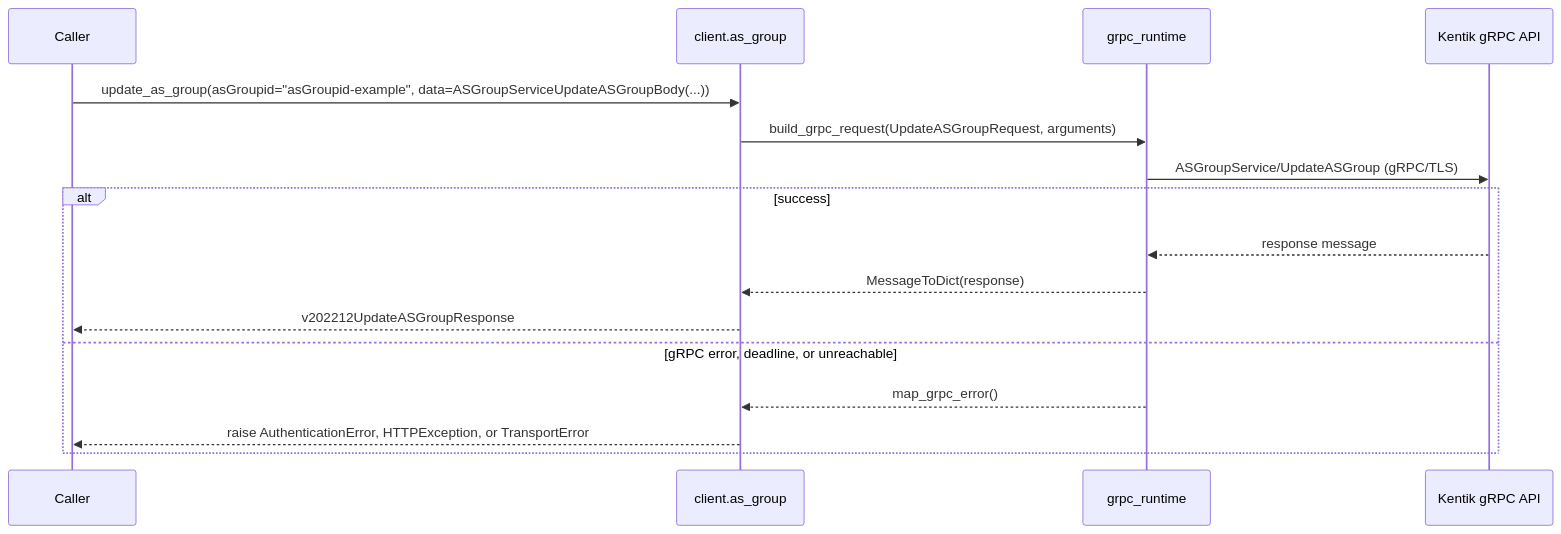
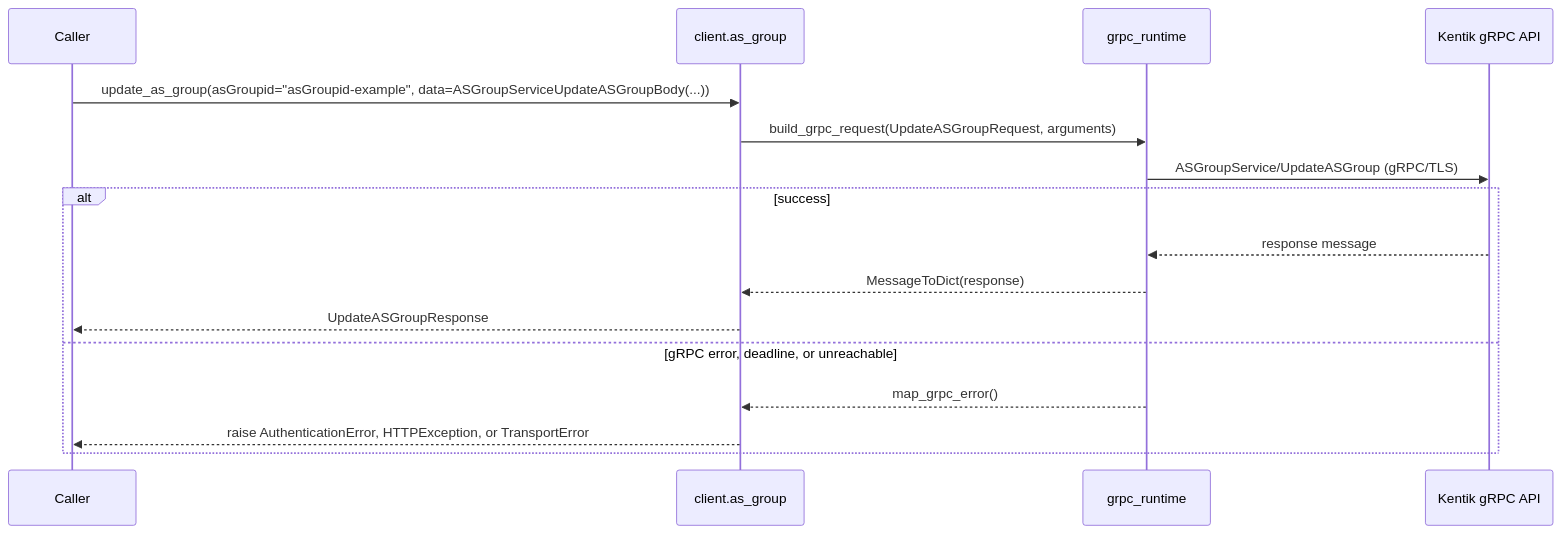
The ninth of 12 diagrams in docs/sphinx/services/as_group.md (alexdearaujo/community_sdk_python), drawn with Mermaid before and after one commit. The commit also changed other lines of this file and 38 other files, not shown here.

````diff
--- a/docs/sphinx/services/as_group.md
+++ b/docs/sphinx/services/as_group.md
@@ -279,19 +279,19 @@
 ```mermaid
 sequenceDiagram
     participant C as Caller
     participant W as client.as_group
     participant R as grpc_runtime
     participant API as Kentik gRPC API
 
     C->>W: update_as_group(asGroupid="asGroupid-example", data=ASGroupServiceUpdateASGroupBody(...))
     W->>R: build_grpc_request(UpdateASGroupRequest, arguments)
     R->>API: ASGroupService/UpdateASGroup (gRPC/TLS)
     alt success
         API-->>R: response message
         R-->>W: MessageToDict(response)
-        W-->>C: v202212UpdateASGroupResponse
+        W-->>C: UpdateASGroupResponse
     else gRPC error, deadline, or unreachable
         R-->>W: map_grpc_error()
         W-->>C: raise AuthenticationError, HTTPException, or TransportError
     end
 ```
````
